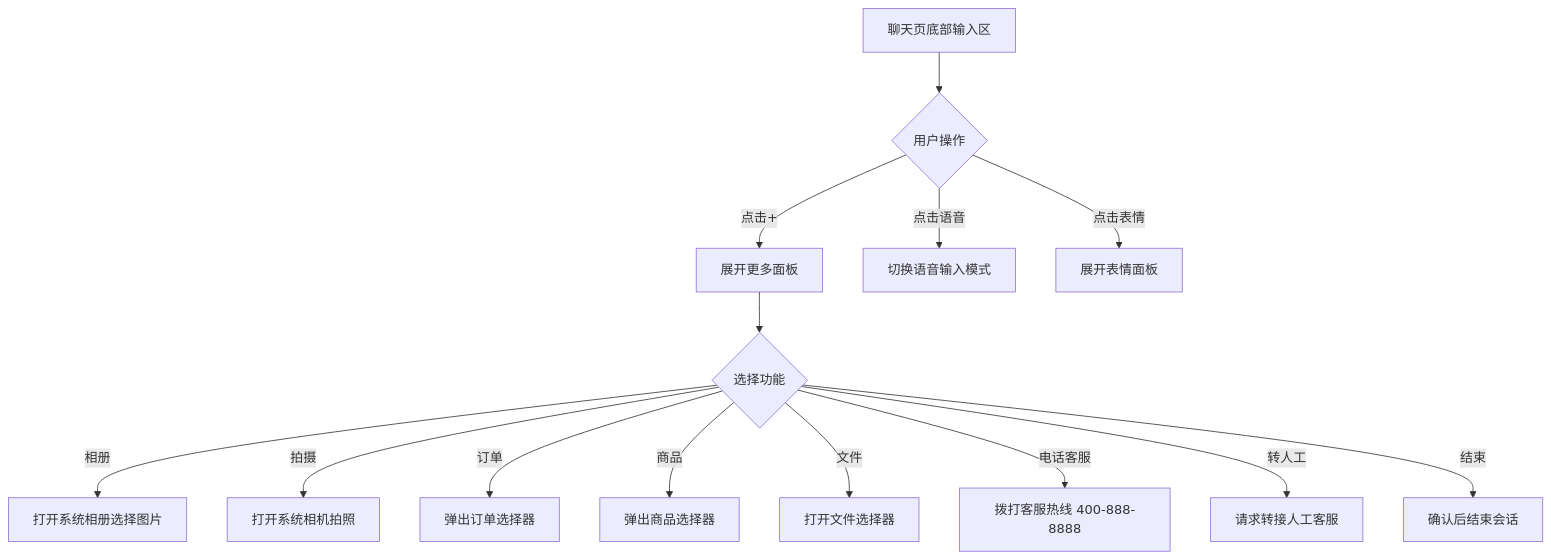
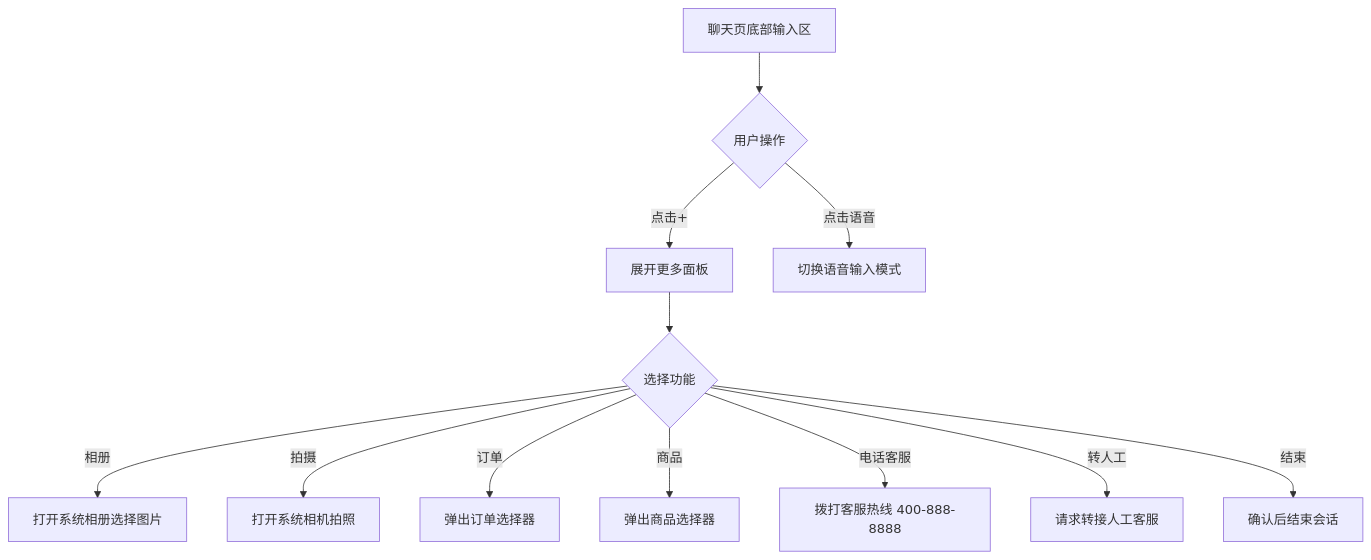
Before and after one commit to lyuxiaohei/OCS: the fourth of 8 diagrams in prototype-cs/user/PRD/02-聊天主界面.md, drawn with Mermaid. The commit also changed other lines of this file and 40 other files, not shown here.

Commit message:
feat: 卡片两端统一+订单详情+会话列表高保真+话术库+图片选择器

````diff
--- a/prototype-cs/user/PRD/02-聊天主界面.md
+++ b/prototype-cs/user/PRD/02-聊天主界面.md
@@ -379,16 +389,14 @@
 ```mermaid
 flowchart TD
     A[聊天页底部输入区] --> B{用户操作}
     B -->|点击+| C[展开更多面板]
     C --> D{选择功能}
     D -->|相册| E[打开系统相册选择图片]
     D -->|拍摄| F[打开系统相机拍照]
     D -->|订单| G[弹出订单选择器]
     D -->|商品| H[弹出商品选择器]
-    D -->|文件| I[打开文件选择器]
     D -->|电话客服| J[拨打客服热线 400-888-8888]
     D -->|转人工| K[请求转接人工客服]
     D -->|结束| L[确认后结束会话]
     B -->|点击语音| M[切换语音输入模式]
-    B -->|点击表情| N[展开表情面板]
 ```
````
